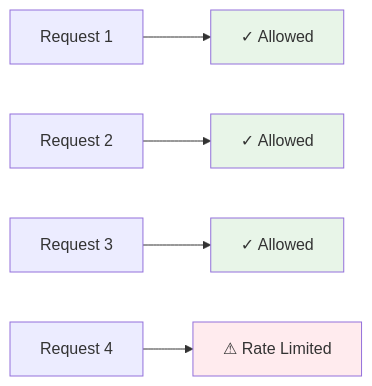
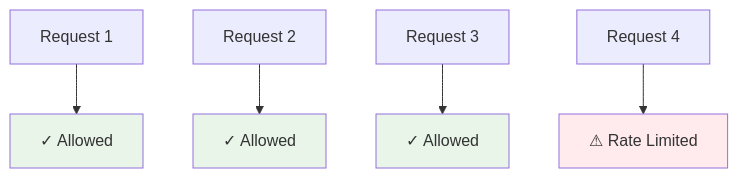
Before and after one commit to bytetunnels/bytetunnels.github.com: the second of 3 diagrams in _posts/2025-05-10-web-scraping-terms-explained.md, drawn with Mermaid. The commit also changed 25 other files, not shown here.

Commit message:
chore: fixed mermaid charts

````diff
--- a/_posts/2025-05-10-web-scraping-terms-explained.md
+++ b/_posts/2025-05-10-web-scraping-terms-explained.md
@@ -108,12 +108,17 @@
 ```mermaid
-graph LR
-    A[Request 1] --> B[✓ Allowed]
-    C[Request 2] --> D[✓ Allowed]
-    E[Request 3] --> F[✓ Allowed]
-    G[Request 4] --> H[⚠ Rate Limited]
-    
+graph TD
+    A[Request 1]
+    C[Request 2]
+    E[Request 3]
+    G[Request 4]
+
+    A --> B[✓ Allowed]
+    C --> D[✓ Allowed]
+    E --> F[✓ Allowed]
+    G --> H[⚠ Rate Limited]
+
     style B fill:#e8f5e8
     style D fill:#e8f5e8
     style F fill:#e8f5e8
     style H fill:#ffebee
 ```
````
